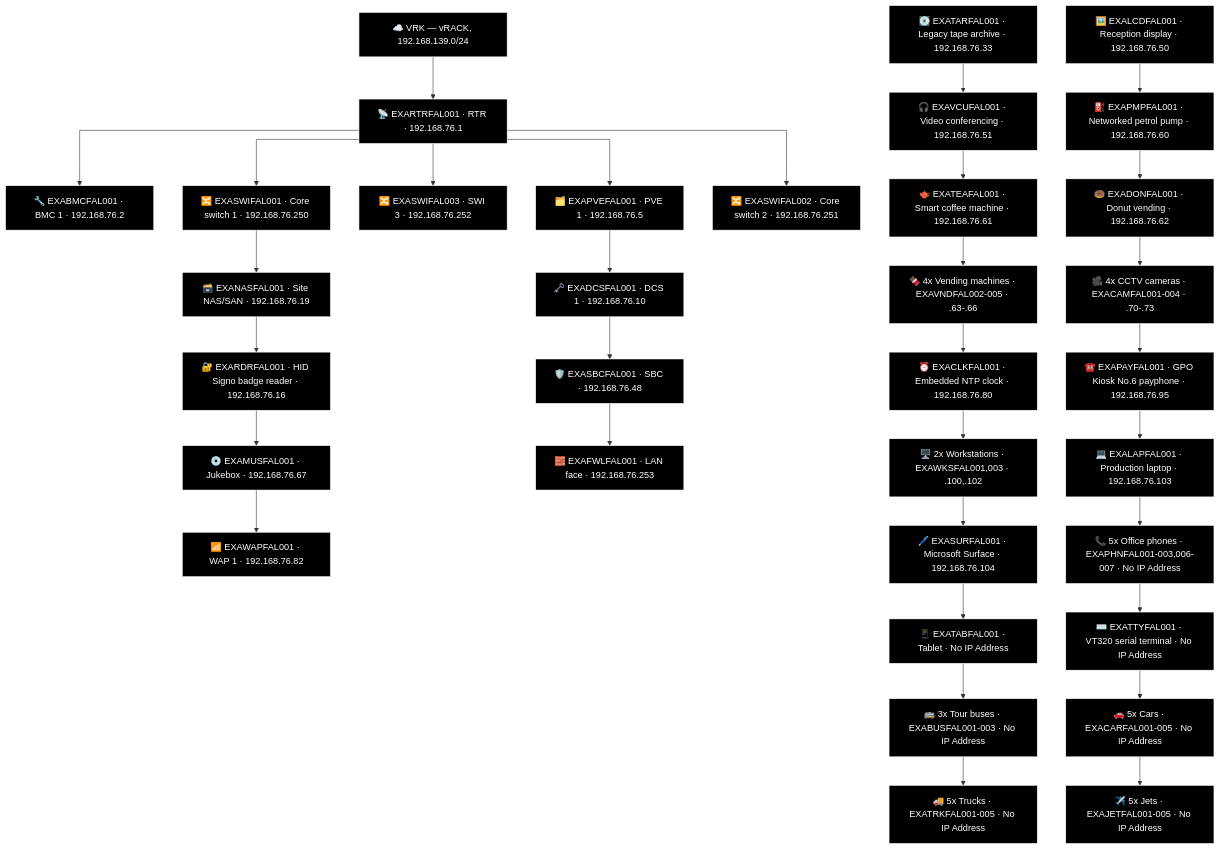
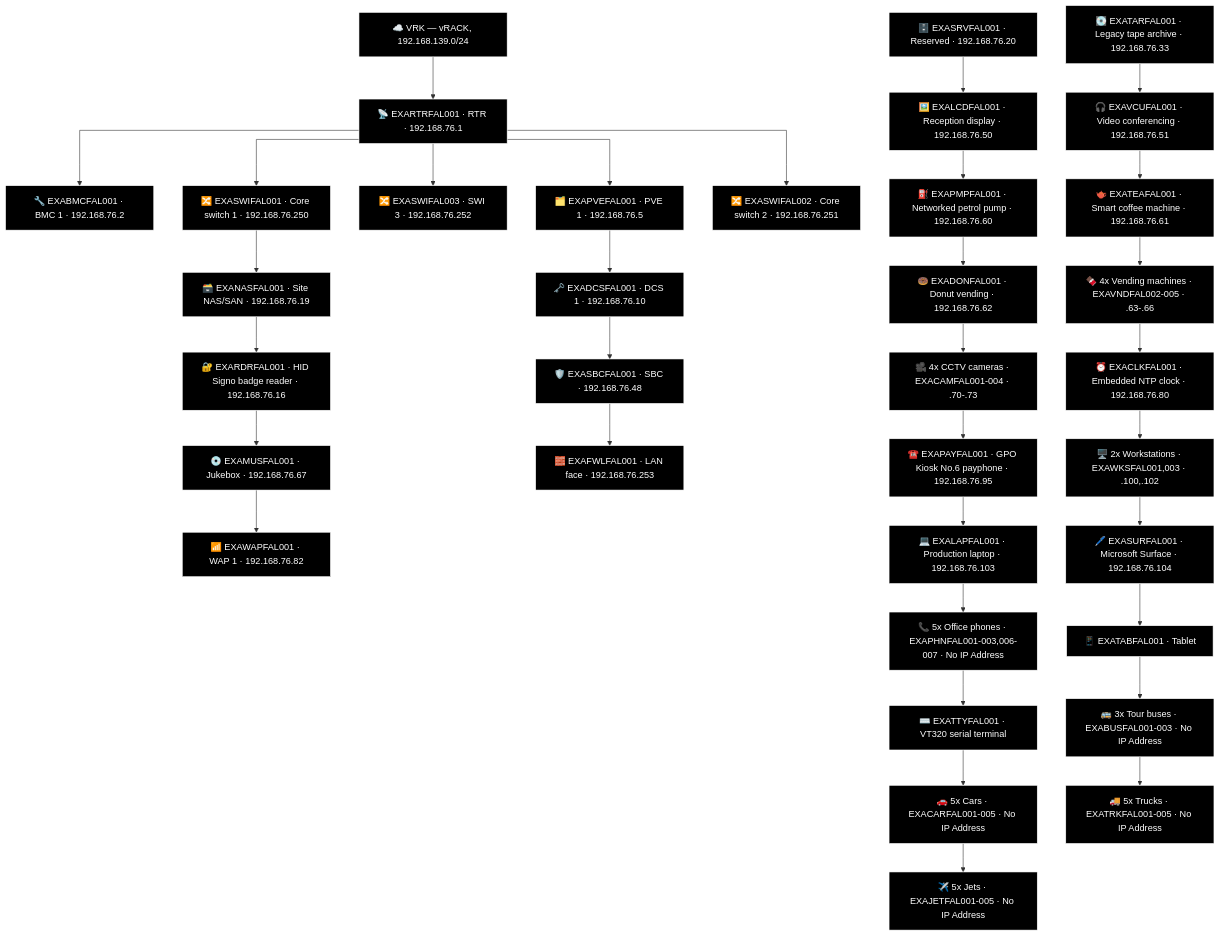
Before and after one commit to knightmare2600/example_music_infra: the second of 14 diagrams in docs/network-diagram/scotland.md, drawn with Mermaid. The commit also changed other lines of this file and 8 other files, not shown here.

First line of the commit message:
generate_network_diagrams.py: port FAL's two-column "Other" bucket into the generator

````diff
--- a/docs/network-diagram/scotland.md
+++ b/docs/network-diagram/scotland.md
@@ -130,28 +130,29 @@
     T_SBC["🛡️ EXASBCFAL001 · SBC · 192.168.76.48"]
     T_FWL["🧱 EXAFWLFAL001 · LAN face · 192.168.76.253"]
     T_PVE --> T_DCS --> T_SBC --> T_FWL
-    T_OTH1["💽 EXATARFAL001 · Legacy tape archive · 192.168.76.33"]
-    T_OTH2["🖼️ EXALCDFAL001 · Reception display · 192.168.76.50"]
-    T_OTH3["🎧 EXAVCUFAL001 · Video conferencing · 192.168.76.51"]
-    T_OTH4["⛽ EXAPMPFAL001 · Networked petrol pump · 192.168.76.60"]
-    T_OTH5["🫖 EXATEAFAL001 · Smart coffee machine · 192.168.76.61"]
-    T_OTH6["🍩 EXADONFAL001 · Donut vending · 192.168.76.62"]
-    T_OTH7["🍫 4x Vending machines · EXAVNDFAL002-005 · .63-.66"]
-    T_OTH8["🎥 4x CCTV cameras · EXACAMFAL001-004 · .70-.73"]
-    T_OTH9["⏰ EXACLKFAL001 · Embedded NTP clock · 192.168.76.80"]
-    T_OTH10["☎️ EXAPAYFAL001 · GPO Kiosk No.6 payphone · 192.168.76.95"]
-    T_OTH11["🖥️ 2x Workstations · EXAWKSFAL001,003 · .100,.102"]
-    T_OTH12["💻 EXALAPFAL001 · Production laptop · 192.168.76.103"]
-    T_OTH13["🖊️ EXASURFAL001 · Microsoft Surface · 192.168.76.104"]
-    T_OTH14["📞 5x Office phones · EXAPHNFAL001-003,006-007 · No IP Address"]
-    T_OTH15["📱 EXATABFAL001 · Tablet · No IP Address"]
-    T_OTH16["⌨️ EXATTYFAL001 · VT320 serial terminal · No IP Address"]
-    T_OTH17["🚌 3x Tour buses · EXABUSFAL001-003 · No IP Address"]
-    T_OTH18["🚗 5x Cars · EXACARFAL001-005 · No IP Address"]
-    T_OTH19["🚚 5x Trucks · EXATRKFAL001-005 · No IP Address"]
-    T_OTH20["✈️ 5x Jets · EXAJETFAL001-005 · No IP Address"]
-    T_OTH1 --> T_OTH3 --> T_OTH5 --> T_OTH7 --> T_OTH9 --> T_OTH11 --> T_OTH13 --> T_OTH15 --> T_OTH17 --> T_OTH19
-    T_OTH2 --> T_OTH4 --> T_OTH6 --> T_OTH8 --> T_OTH10 --> T_OTH12 --> T_OTH14 --> T_OTH16 --> T_OTH18 --> T_OTH20
+    T_SRV["🗄️ EXASRVFAL001 · Reserved · 192.168.76.20"]
+    T_TAR["💽 EXATARFAL001 · Legacy tape archive · 192.168.76.33"]
+    T_LCD["🖼️ EXALCDFAL001 · Reception display · 192.168.76.50"]
+    T_VCU["🎧 EXAVCUFAL001 · Video conferencing · 192.168.76.51"]
+    T_PMP["⛽ EXAPMPFAL001 · Networked petrol pump · 192.168.76.60"]
+    T_TEA["🫖 EXATEAFAL001 · Smart coffee machine · 192.168.76.61"]
+    T_DON["🍩 EXADONFAL001 · Donut vending · 192.168.76.62"]
+    T_OTH_VND["🍫 4x Vending machines · EXAVNDFAL002-005 · .63-.66"]
+    T_OTH_CAM["🎥 4x CCTV cameras · EXACAMFAL001-004 · .70-.73"]
+    T_CLK["⏰ EXACLKFAL001 · Embedded NTP clock · 192.168.76.80"]
+    T_PAY["☎️ EXAPAYFAL001 · GPO Kiosk No.6 payphone · 192.168.76.95"]
+    T_OTH_WKS["🖥️ 2x Workstations · EXAWKSFAL001,003 · .100,.102"]
+    T_LAP["💻 EXALAPFAL001 · Production laptop · 192.168.76.103"]
+    T_SUR["🖊️ EXASURFAL001 · Microsoft Surface · 192.168.76.104"]
+    T_OTH_PHN["📞 5x Office phones · EXAPHNFAL001-003,006-007 · No IP Address"]
+    T_TAB["📱 EXATABFAL001 · Tablet"]
+    T_TTY["⌨️ EXATTYFAL001 · VT320 serial terminal"]
+    T_OTH_BUS["🚌 3x Tour buses · EXABUSFAL001-003 · No IP Address"]
+    T_OTH_CAR["🚗 5x Cars · EXACARFAL001-005 · No IP Address"]
+    T_OTH_TRK["🚚 5x Trucks · EXATRKFAL001-005 · No IP Address"]
+    T_OTH_JET["✈️ 5x Jets · EXAJETFAL001-005 · No IP Address"]
+    T_SRV --> T_LCD --> T_PMP --> T_DON --> T_OTH_CAM --> T_PAY --> T_LAP --> T_OTH_PHN --> T_TTY --> T_OTH_CAR --> T_OTH_JET
+    T_TAR --> T_VCU --> T_TEA --> T_OTH_VND --> T_CLK --> T_OTH_WKS --> T_SUR --> T_TAB --> T_OTH_BUS --> T_OTH_TRK
     style T_VRK fill:#000000,stroke:#FFFFFF,color:#FFFFFF
     style T_RTR fill:#000000,stroke:#FFFFFF,color:#FFFFFF
     style T_BMC fill:#000000,stroke:#FFFFFF,color:#FFFFFF
@@ -166,25 +167,26 @@
     style T_DCS fill:#000000,stroke:#FFFFFF,color:#FFFFFF
     style T_SBC fill:#000000,stroke:#FFFFFF,color:#FFFFFF
     style T_FWL fill:#000000,stroke:#FFFFFF,color:#FFFFFF
-    style T_OTH1 fill:#000000,stroke:#FFFFFF,color:#FFFFFF
-    style T_OTH2 fill:#000000,stroke:#FFFFFF,color:#FFFFFF
-    style T_OTH3 fill:#000000,stroke:#FFFFFF,color:#FFFFFF
-    style T_OTH4 fill:#000000,stroke:#FFFFFF,color:#FFFFFF
-    style T_OTH5 fill:#000000,stroke:#FFFFFF,color:#FFFFFF
-    style T_OTH6 fill:#000000,stroke:#FFFFFF,color:#FFFFFF
-    style T_OTH7 fill:#000000,stroke:#FFFFFF,color:#FFFFFF
-    style T_OTH8 fill:#000000,stroke:#FFFFFF,color:#FFFFFF
-    style T_OTH9 fill:#000000,stroke:#FFFFFF,color:#FFFFFF
-    style T_OTH10 fill:#000000,stroke:#FFFFFF,color:#FFFFFF
-    style T_OTH11 fill:#000000,stroke:#FFFFFF,color:#FFFFFF
-    style T_OTH12 fill:#000000,stroke:#FFFFFF,color:#FFFFFF
-    style T_OTH13 fill:#000000,stroke:#FFFFFF,color:#FFFFFF
-    style T_OTH14 fill:#000000,stroke:#FFFFFF,color:#FFFFFF
-    style T_OTH15 fill:#000000,stroke:#FFFFFF,color:#FFFFFF
-    style T_OTH16 fill:#000000,stroke:#FFFFFF,color:#FFFFFF
-    style T_OTH17 fill:#000000,stroke:#FFFFFF,color:#FFFFFF
-    style T_OTH18 fill:#000000,stroke:#FFFFFF,color:#FFFFFF
-    style T_OTH19 fill:#000000,stroke:#FFFFFF,color:#FFFFFF
-    style T_OTH20 fill:#000000,stroke:#FFFFFF,color:#FFFFFF
+    style T_SRV fill:#000000,stroke:#FFFFFF,color:#FFFFFF
+    style T_TAR fill:#000000,stroke:#FFFFFF,color:#FFFFFF
+    style T_LCD fill:#000000,stroke:#FFFFFF,color:#FFFFFF
+    style T_VCU fill:#000000,stroke:#FFFFFF,color:#FFFFFF
+    style T_PMP fill:#000000,stroke:#FFFFFF,color:#FFFFFF
+    style T_TEA fill:#000000,stroke:#FFFFFF,color:#FFFFFF
+    style T_DON fill:#000000,stroke:#FFFFFF,color:#FFFFFF
+    style T_OTH_VND fill:#000000,stroke:#FFFFFF,color:#FFFFFF
+    style T_OTH_CAM fill:#000000,stroke:#FFFFFF,color:#FFFFFF
+    style T_CLK fill:#000000,stroke:#FFFFFF,color:#FFFFFF
+    style T_PAY fill:#000000,stroke:#FFFFFF,color:#FFFFFF
+    style T_OTH_WKS fill:#000000,stroke:#FFFFFF,color:#FFFFFF
+    style T_LAP fill:#000000,stroke:#FFFFFF,color:#FFFFFF
+    style T_SUR fill:#000000,stroke:#FFFFFF,color:#FFFFFF
+    style T_OTH_PHN fill:#000000,stroke:#FFFFFF,color:#FFFFFF
+    style T_TAB fill:#000000,stroke:#FFFFFF,color:#FFFFFF
+    style T_TTY fill:#000000,stroke:#FFFFFF,color:#FFFFFF
+    style T_OTH_BUS fill:#000000,stroke:#FFFFFF,color:#FFFFFF
+    style T_OTH_CAR fill:#000000,stroke:#FFFFFF,color:#FFFFFF
+    style T_OTH_TRK fill:#000000,stroke:#FFFFFF,color:#FFFFFF
+    style T_OTH_JET fill:#000000,stroke:#FFFFFF,color:#FFFFFF
 %% GENERATED:TOPOLOGY:FAL:END
 ```
````
